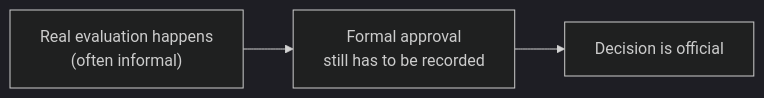
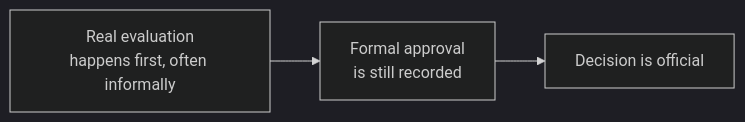
Before and after one commit to francoandreDev/knowledge: the third of 3 diagrams in src/content/corporate-politics/who-holds-influence/L2-concept.mdx, drawn with Mermaid (dark theme). The commit also changed other lines of this file and 3 other files, not shown here.

````diff
--- a/src/content/corporate-politics/who-holds-influence/L2-concept.mdx
+++ b/src/content/corporate-politics/who-holds-influence/L2-concept.mdx
@@ -92,5 +104,4 @@
 ```mermaid
 flowchart LR
-    Real["Real evaluation happens\n(often informal)"] --> Formal["Formal approval\nstill has to be recorded"]
-    Formal --> Done["Decision is official"]
+    Real["Real evaluation<br/>happens first, often informally"] --> Formal["Formal approval<br/>is still recorded"] --> Done["Decision is official"]
 ```
````
